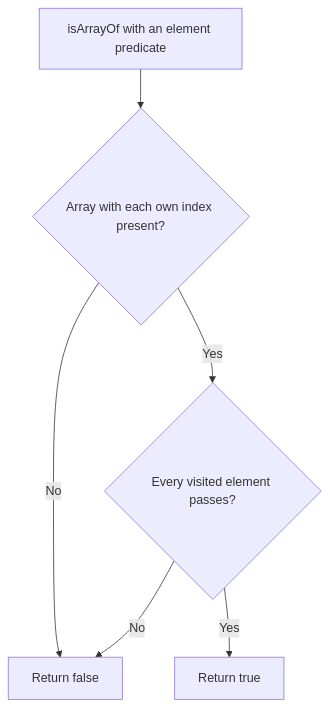
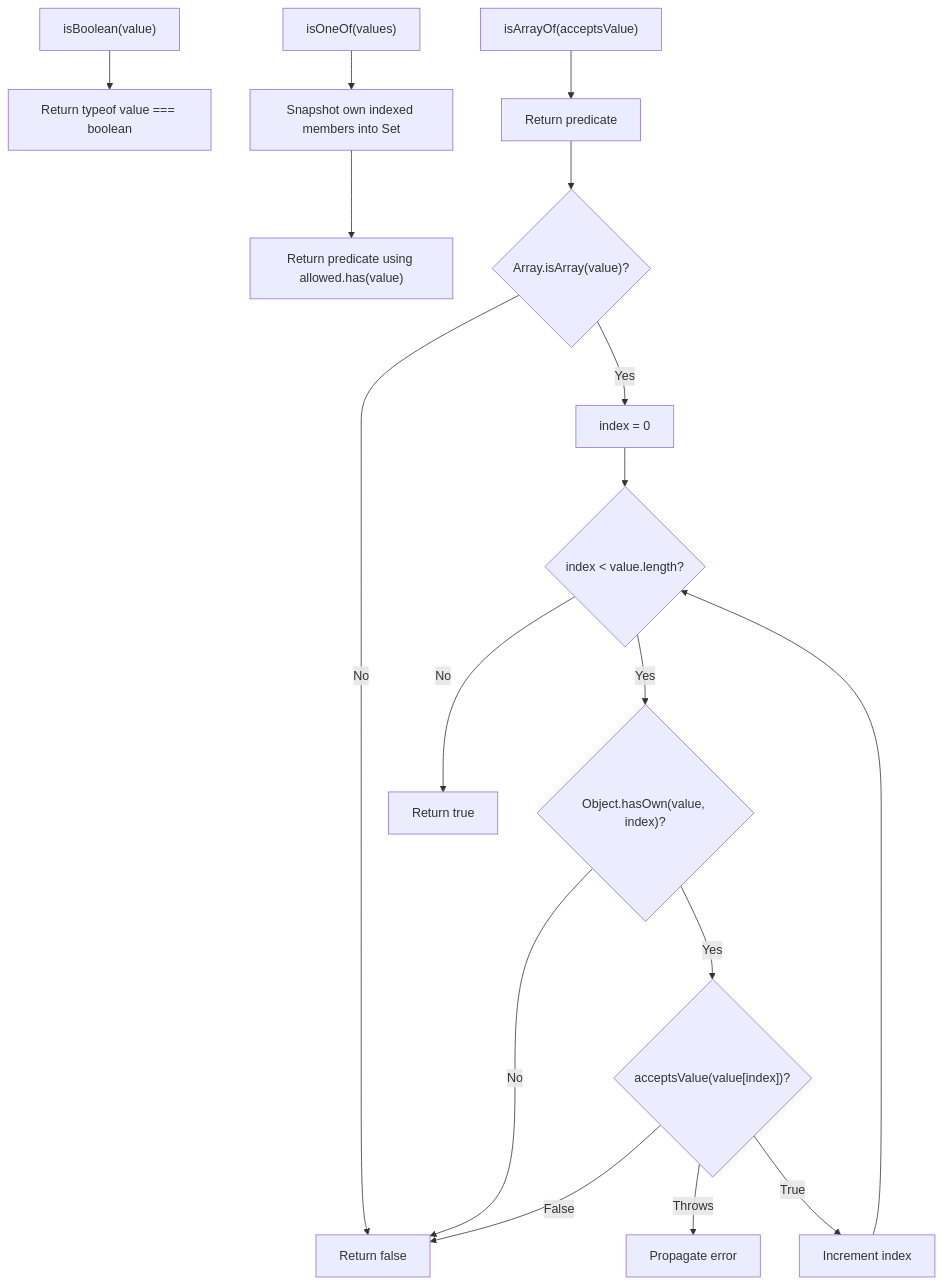
One commit to Kevinjohn/oss-adonisjs-lucid-checked-columns changed the second of 2 diagrams in user-stories/US-COLUMN-04-compose-json-predicates.md. Above: the diagram before and after it, drawn with Mermaid. The commit also changed other lines of this file and 4 other files, not shown here.

Commit message:
docs: verify user story paths and Mermaid flows against implementation

````diff
--- a/user-stories/US-COLUMN-04-compose-json-predicates.md
+++ b/user-stories/US-COLUMN-04-compose-json-predicates.md
@@ -28,8 +29,19 @@
 ```mermaid
 flowchart TD
-    A["isArrayOf with an element predicate"] --> B{"Array with each own index present?"}
-    B -->|No| C["Return false"]
-    B -->|Yes| D{"Every visited element passes?"}
-    D -->|Yes| E["Return true"]
-    D -->|No| C
+    B["isBoolean(value)"] --> B1["Return typeof value === boolean"]
+    O["isOneOf(values)"] --> O1["Snapshot own indexed members into Set"]
+    O1 --> O2["Return predicate using allowed.has(value)"]
+    A["isArrayOf(acceptsValue)"] --> A1["Return predicate"]
+    A1 --> A2{"Array.isArray(value)?"}
+    A2 -->|No| F["Return false"]
+    A2 -->|Yes| I["index = 0"]
+    I --> L{"index < value.length?"}
+    L -->|No| T["Return true"]
+    L -->|Yes| H{"Object.hasOwn(value, index)?"}
+    H -->|No| F
+    H -->|Yes| V{"acceptsValue(value[index])?"}
+    V -->|False| F
+    V -->|Throws| E["Propagate error"]
+    V -->|True| N["Increment index"]
+    N --> L
 ```
````
